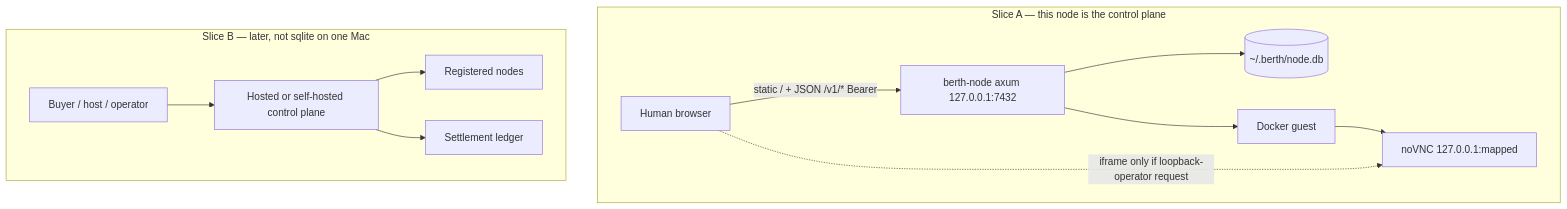
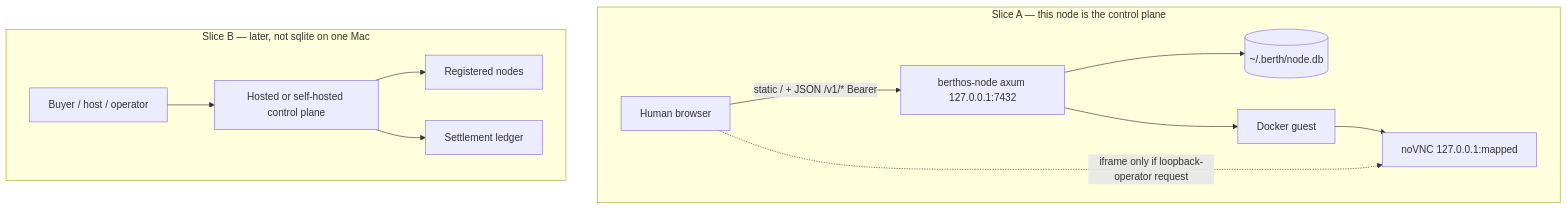
Before and after one commit to codeitlikemiley/berth: the first of 3 diagrams in docs/CONSOLE.md, drawn with Mermaid. The commit also changed other lines of this file and 98 other files, not shown here.

````diff
--- a/docs/CONSOLE.md
+++ b/docs/CONSOLE.md
@@ -153,25 +153,25 @@
 ```mermaid
 flowchart TB
   subgraph sliceA ["Slice A — this node is the control plane"]
     HumanA[Human browser]
-    Node[berth-node axum 127.0.0.1:7432]
+    Node[berthos-node axum 127.0.0.1:7432]
     SQLite[(~/.berth/node.db)]
     Docker[Docker guest]
     noVNC[noVNC 127.0.0.1:mapped]
     HumanA -->|static / + JSON /v1/* Bearer| Node
     Node --> SQLite
     Node --> Docker
     Docker --> noVNC
     HumanA -.->|iframe only if loopback-operator request| noVNC
   end
 
   subgraph sliceB ["Slice B — later, not sqlite on one Mac"]
     HumanB[Buyer / host / operator]
     CP[Hosted or self-hosted control plane]
     Nodes[Registered nodes]
     Ledger[Settlement ledger]
     HumanB --> CP
     CP --> Nodes
     CP --> Ledger
   end
 ```
````
